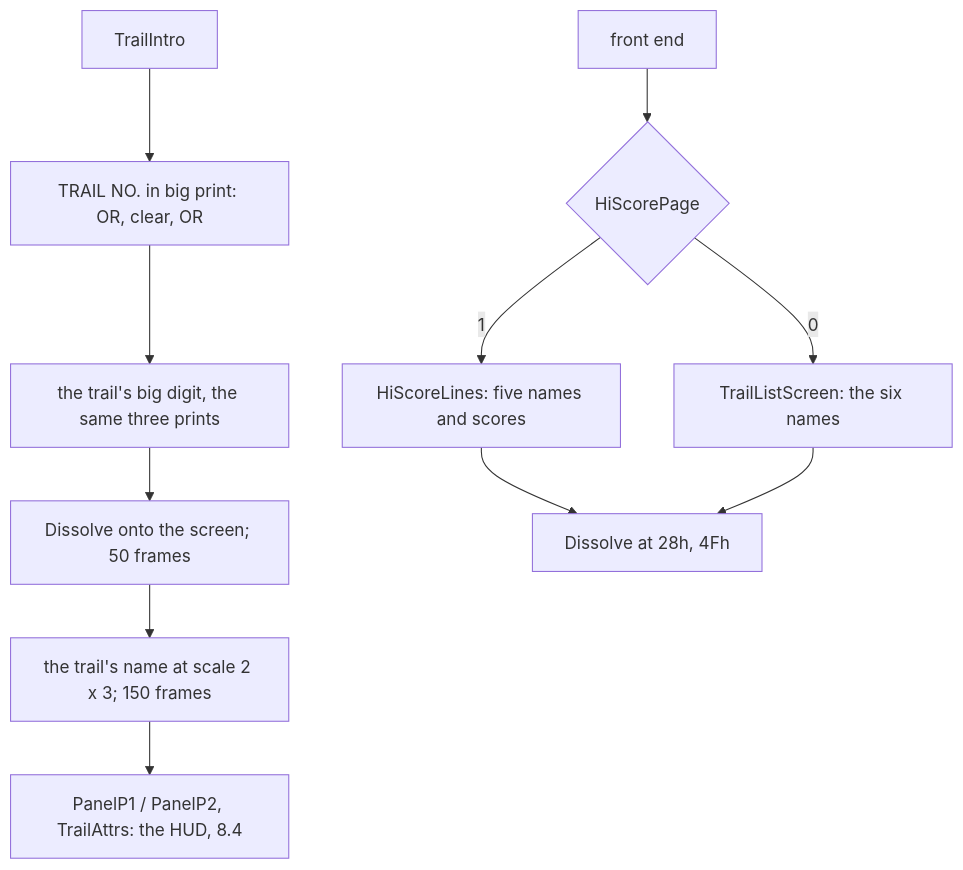
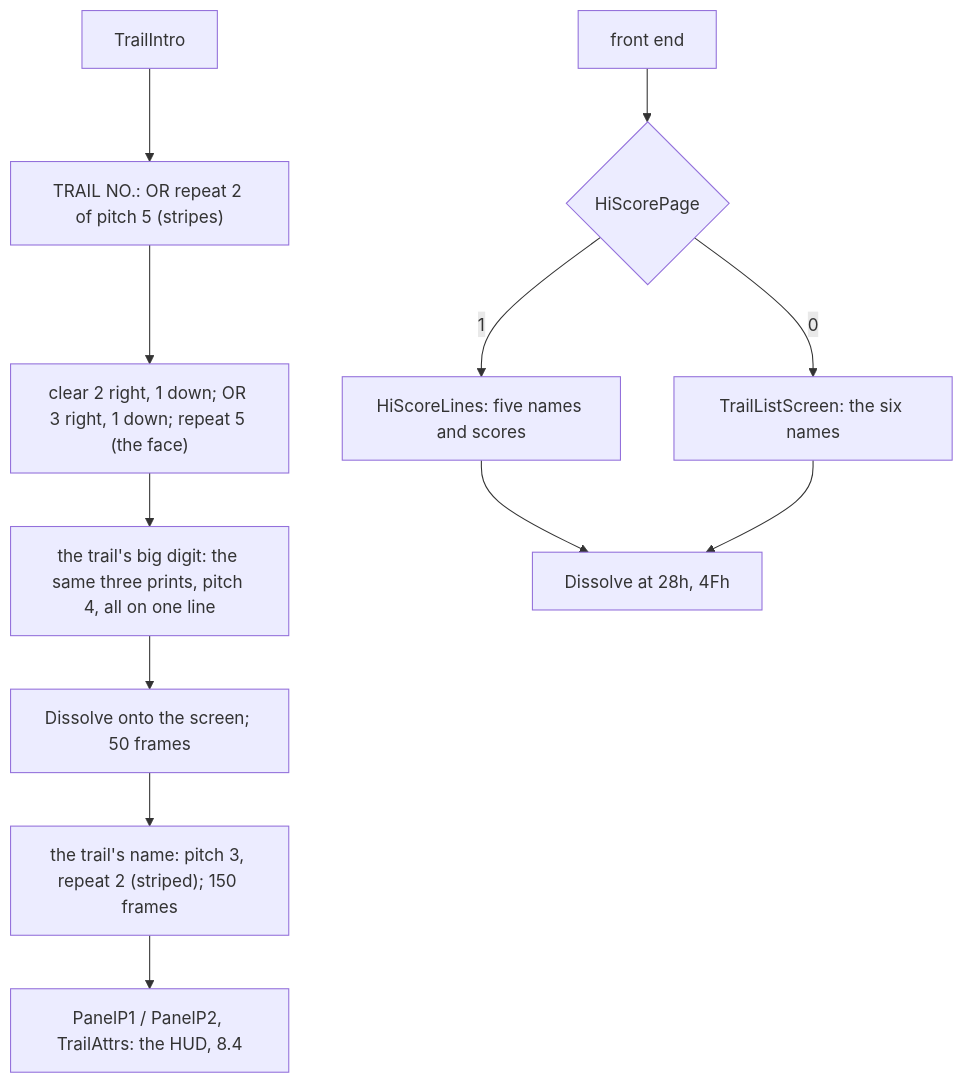
Diagram 11 of 12 in games/atv-simulator/docs/08-hud-and-text.md (alfishe/unrealng-reverse-cases), drawn with Mermaid before and after one commit. The commit also changed other lines of this file and 30 other files, not shown here.

Commit message:
atv-simulator: review round 2 fixes (46 findings; BigRepeat, crash throws at once, interrupts-off section, anim recording)

````diff
--- a/games/atv-simulator/docs/08-hud-and-text.md
+++ b/games/atv-simulator/docs/08-hud-and-text.md
@@ -1283,13 +1334,14 @@
 ```mermaid
 flowchart TD
-    A["TrailIntro"] --> B["TRAIL NO. in big print: OR, clear, OR"]
-    B --> C["the trail's big digit, the same three prints"]
+    A["TrailIntro"] --> B["TRAIL NO.: OR repeat 2 of pitch 5 (stripes)"]
+    B --> B2["clear 2 right, 1 down; OR 3 right, 1 down; repeat 5 (the face)"]
+    B2 --> C["the trail's big digit: the same three prints, pitch 4, all on one line"]
     C --> D["Dissolve onto the screen; 50 frames"]
-    D --> E["the trail's name at scale 2 x 3; 150 frames"]
+    D --> E["the trail's name: pitch 3, repeat 2 (striped); 150 frames"]
     E --> F["PanelP1 / PanelP2, TrailAttrs: the HUD, 8.4"]
     G["front end"] --> H{"HiScorePage"}
     H -->|"1"| I["HiScoreLines: five names and scores"]
     H -->|"0"| J["TrailListScreen: the six names"]
     I --> K["Dissolve at 28h, 4Fh"]
     J --> K
 ```
````
